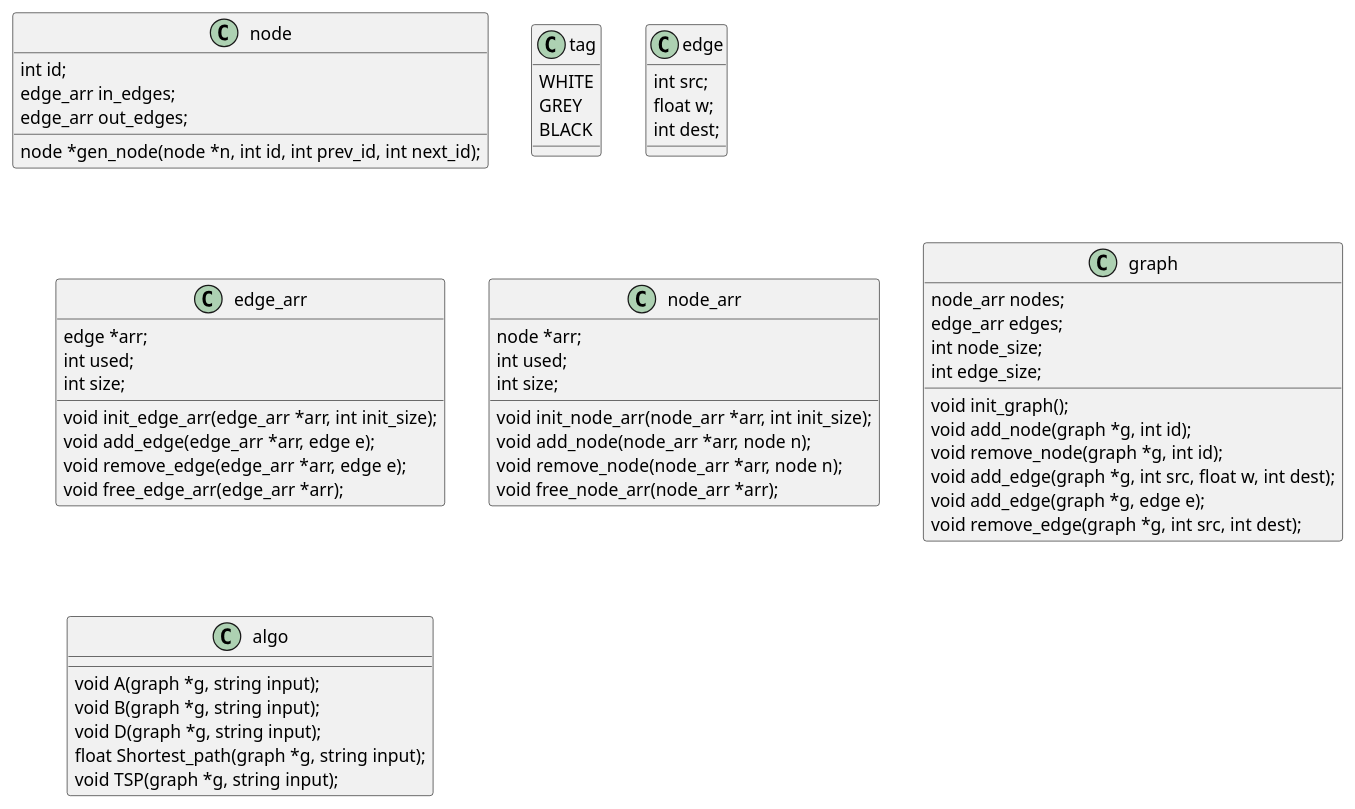
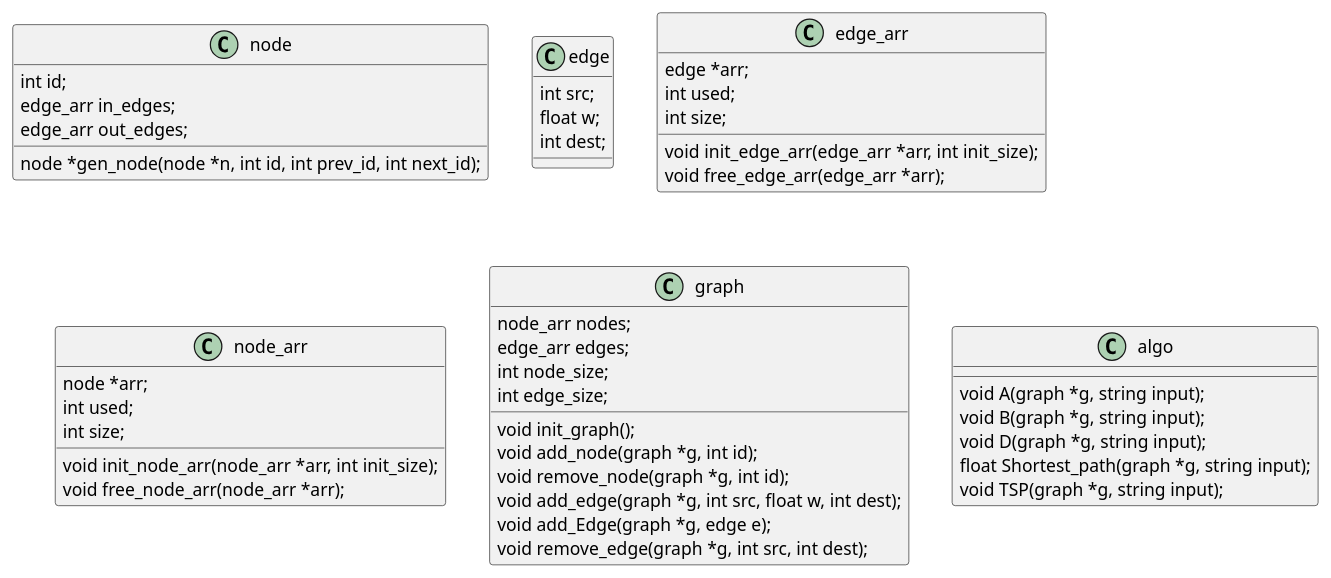
The diagram in Ex4_UML.puml (RF555/SofSys_Ex4), drawn with PlantUML before and after one commit. The commit also changed 4 other files, not shown here.

```diff
--- a/Ex4_UML.puml
+++ b/Ex4_UML.puml
@@ -1,63 +1,57 @@
 @startuml
 
 class node{
 int id;
 edge_arr in_edges;
 edge_arr out_edges;
 node *gen_node(node *n, int id, int prev_id, int next_id);
-}
-
-class tag{
-WHITE
-GREY
-BLACK
 }
 
 class edge{
 int src;
 float w;
 int dest;
 }
 
 class edge_arr{
 edge *arr;
 int used;
 int size;
 void init_edge_arr(edge_arr *arr, int init_size);
-void add_edge(edge_arr *arr, edge e);
-void remove_edge(edge_arr *arr, edge e);
+'void add_edge(edge_arr *arr, edge e);
+'void remove_edge(edge_arr *arr, edge e);
 void free_edge_arr(edge_arr *arr);
 }
 
 class node_arr{
 node *arr;
 int used;
 int size;
 void init_node_arr(node_arr *arr, int init_size);
-void add_node(node_arr *arr, node n);
-void remove_node(node_arr *arr, node n);
+'void add_node(node_arr *arr, node n);
+'void remove_node(node_arr *arr, node n);
 void free_node_arr(node_arr *arr);
 }
 
 class graph{
 node_arr nodes;
 edge_arr edges;
 int node_size;
 int edge_size;
 void init_graph();
 void add_node(graph *g, int id);
 void remove_node(graph *g, int id);
 void add_edge(graph *g, int src, float w, int dest);
-void add_edge(graph *g, edge e);
+void add_Edge(graph *g, edge e);
 void remove_edge(graph *g, int src, int dest);
 }
 
 class algo{
 void A(graph *g, string input);
 void B(graph *g, string input);
 void D(graph *g, string input);
 float Shortest_path(graph *g, string input);
 void TSP(graph *g, string input);
 }
 
 @enduml
```
